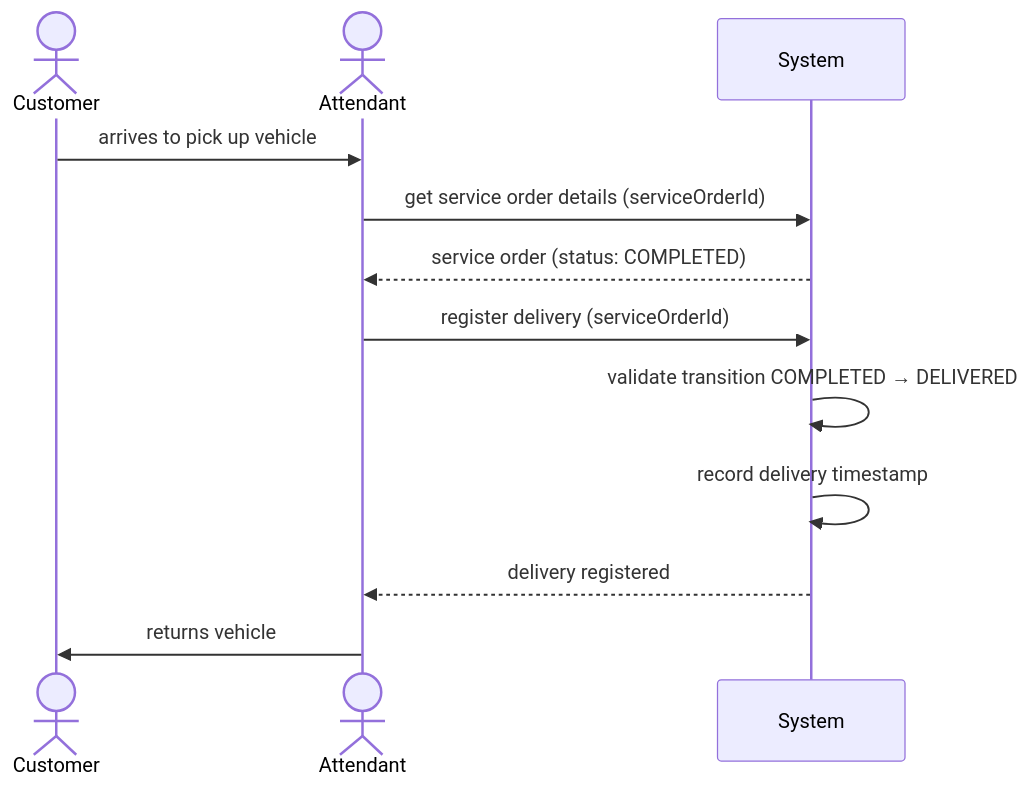
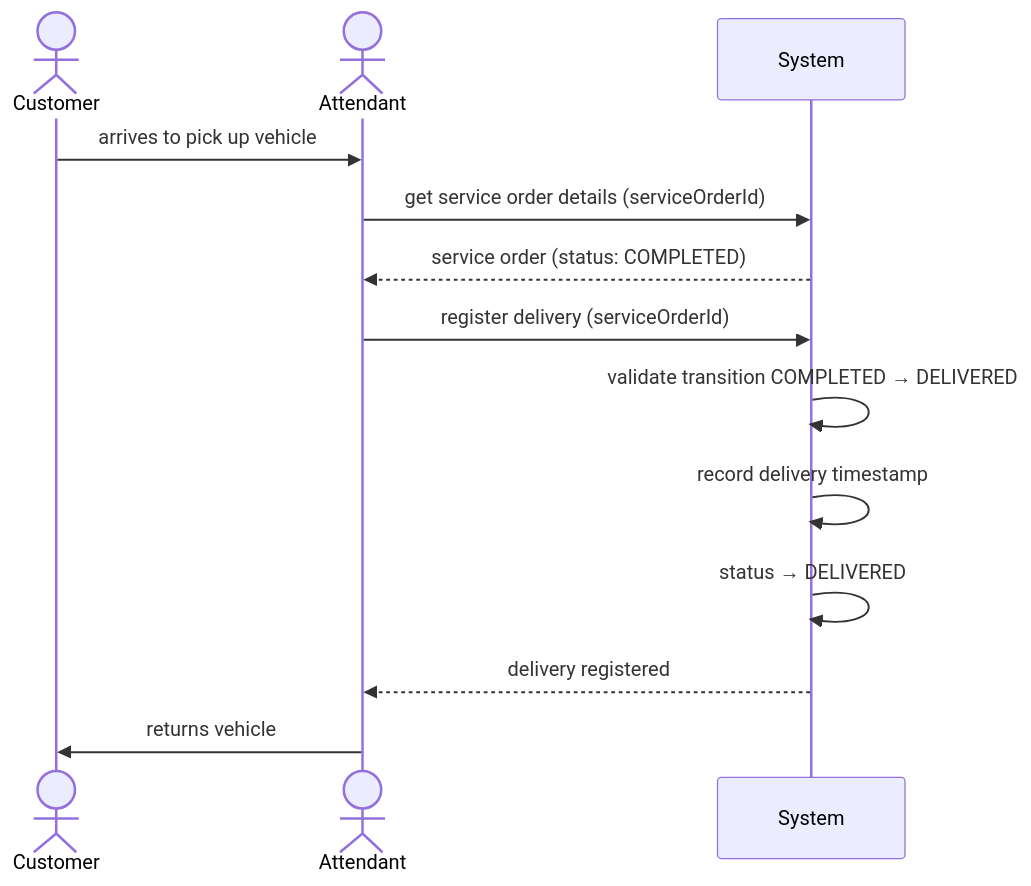
Diagram 13 of 16 in docs/domain/domain-storytelling.md (rnataoliveira/mechanics-software), drawn with Mermaid before and after one commit. The commit also changed other lines of this file, not shown here.

````diff
--- a/docs/domain/domain-storytelling.md
+++ b/docs/domain/domain-storytelling.md
@@ -294,15 +454,16 @@
 ```mermaid
 sequenceDiagram
     actor Customer
     actor Attendant
     participant System
 
     Customer->>Attendant: arrives to pick up vehicle
     Attendant->>System: get service order details (serviceOrderId)
     System-->>Attendant: service order (status: COMPLETED)
     Attendant->>System: register delivery (serviceOrderId)
     System->>System: validate transition COMPLETED → DELIVERED
     System->>System: record delivery timestamp
+    System->>System: status → DELIVERED
     System-->>Attendant: delivery registered
     Attendant->>Customer: returns vehicle
 ```
````
